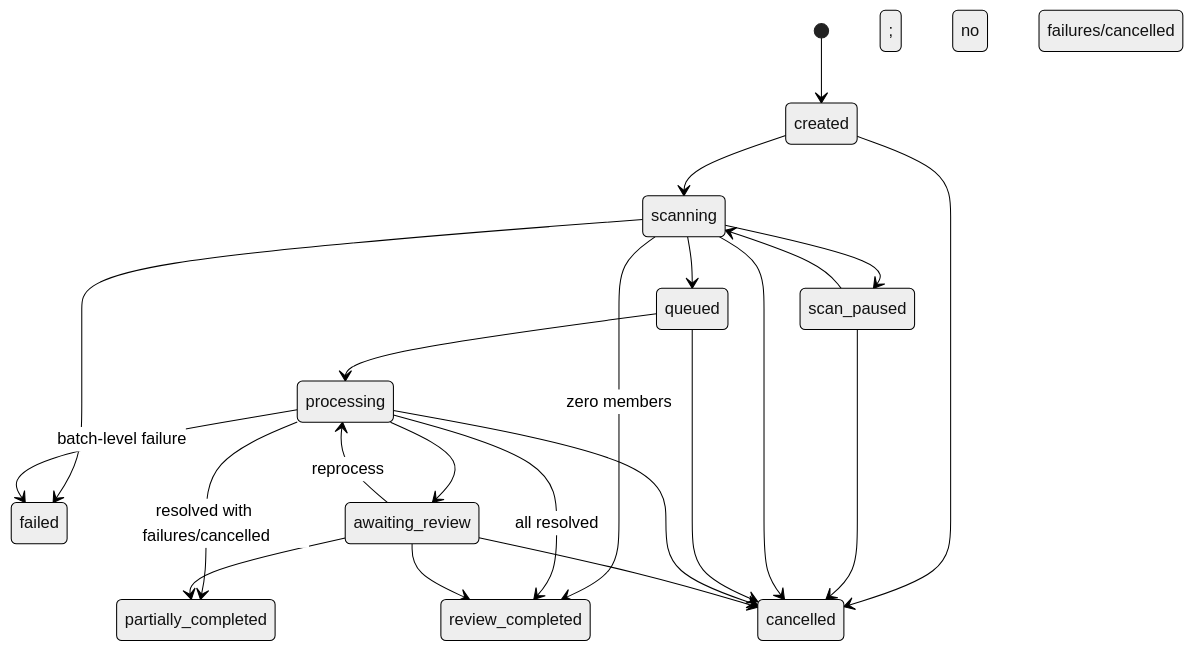
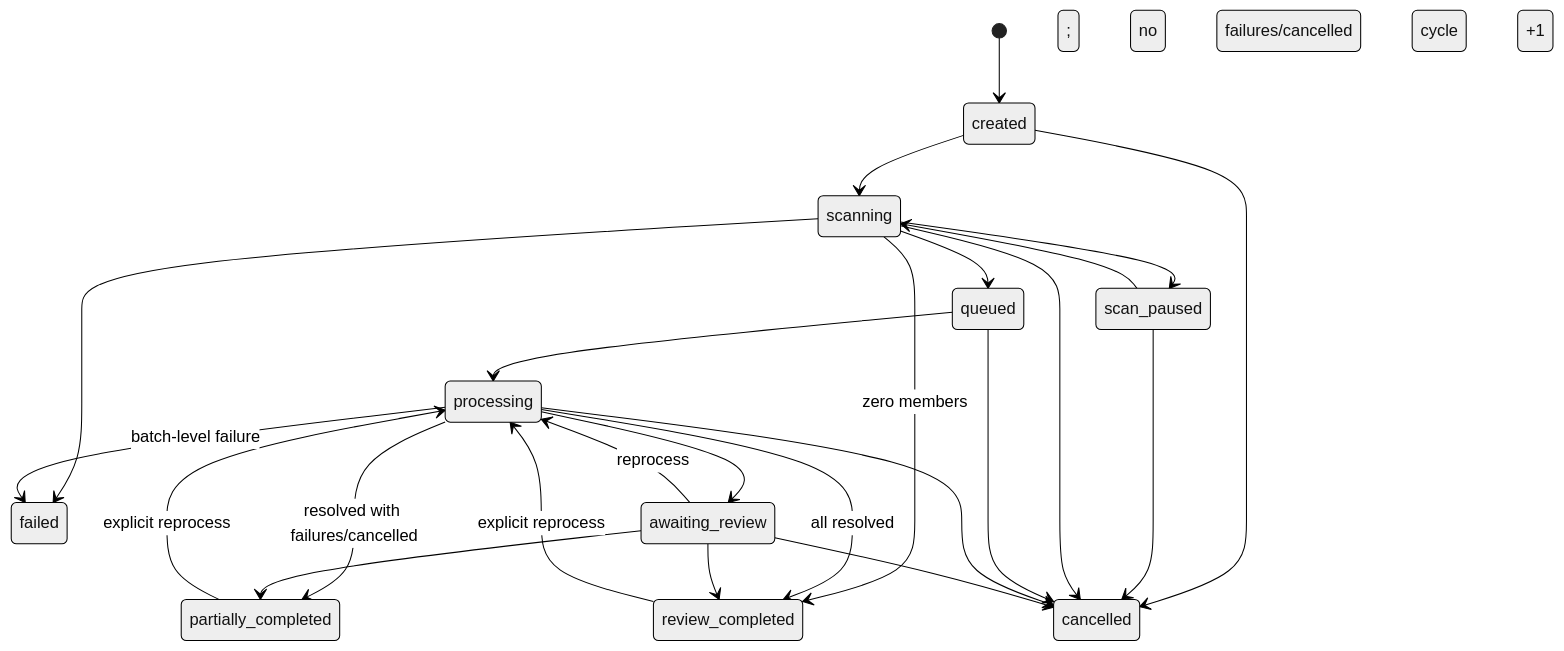
The first of 5 diagrams in docs/diagrams/state-machines.md (mohammadhasan-tayef/ghateh-iran-image-processor), drawn with Mermaid (neutral theme) before and after one commit. The commit also changed other lines of this file and 15 other files, not shown here.

````diff
--- a/docs/diagrams/state-machines.md
+++ b/docs/diagrams/state-machines.md
@@ -7,24 +7,26 @@
 ```mermaid
 stateDiagram-v2
     [*] --> created
     created --> scanning
     created --> cancelled
     scanning --> scan_paused
     scan_paused --> scanning
     scan_paused --> cancelled
     scanning --> queued
     scanning --> review_completed: zero members
     scanning --> failed
     scanning --> cancelled
     queued --> processing
     queued --> cancelled
     processing --> awaiting_review
     processing --> review_completed: all resolved; no failures/cancelled
     processing --> partially_completed: resolved with failures/cancelled
     processing --> failed: batch-level failure
     processing --> cancelled
     awaiting_review --> processing: reprocess
     awaiting_review --> review_completed
     awaiting_review --> partially_completed
     awaiting_review --> cancelled
+    review_completed --> processing: explicit reprocess; cycle +1
+    partially_completed --> processing: explicit reprocess; cycle +1
 ```
````
